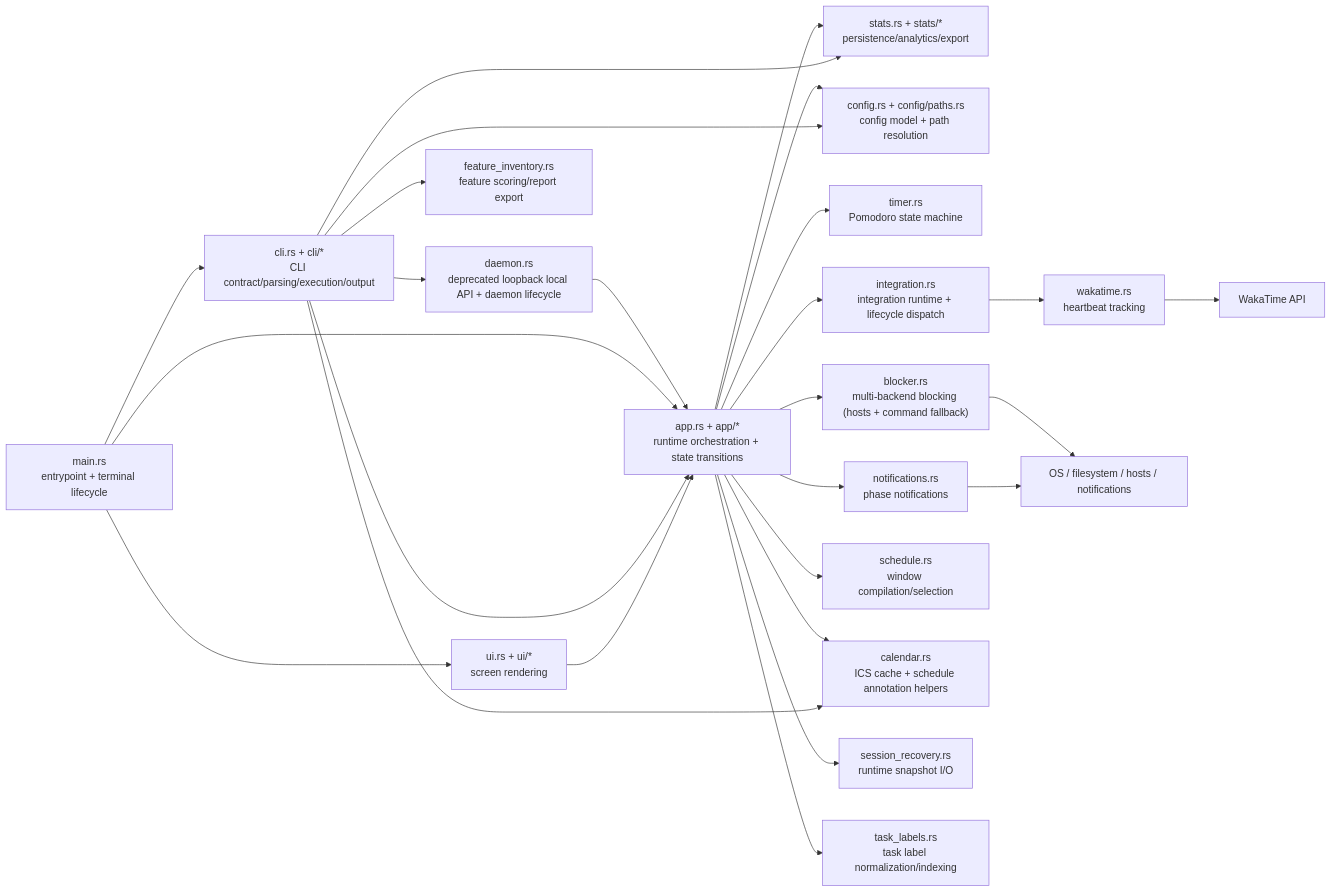
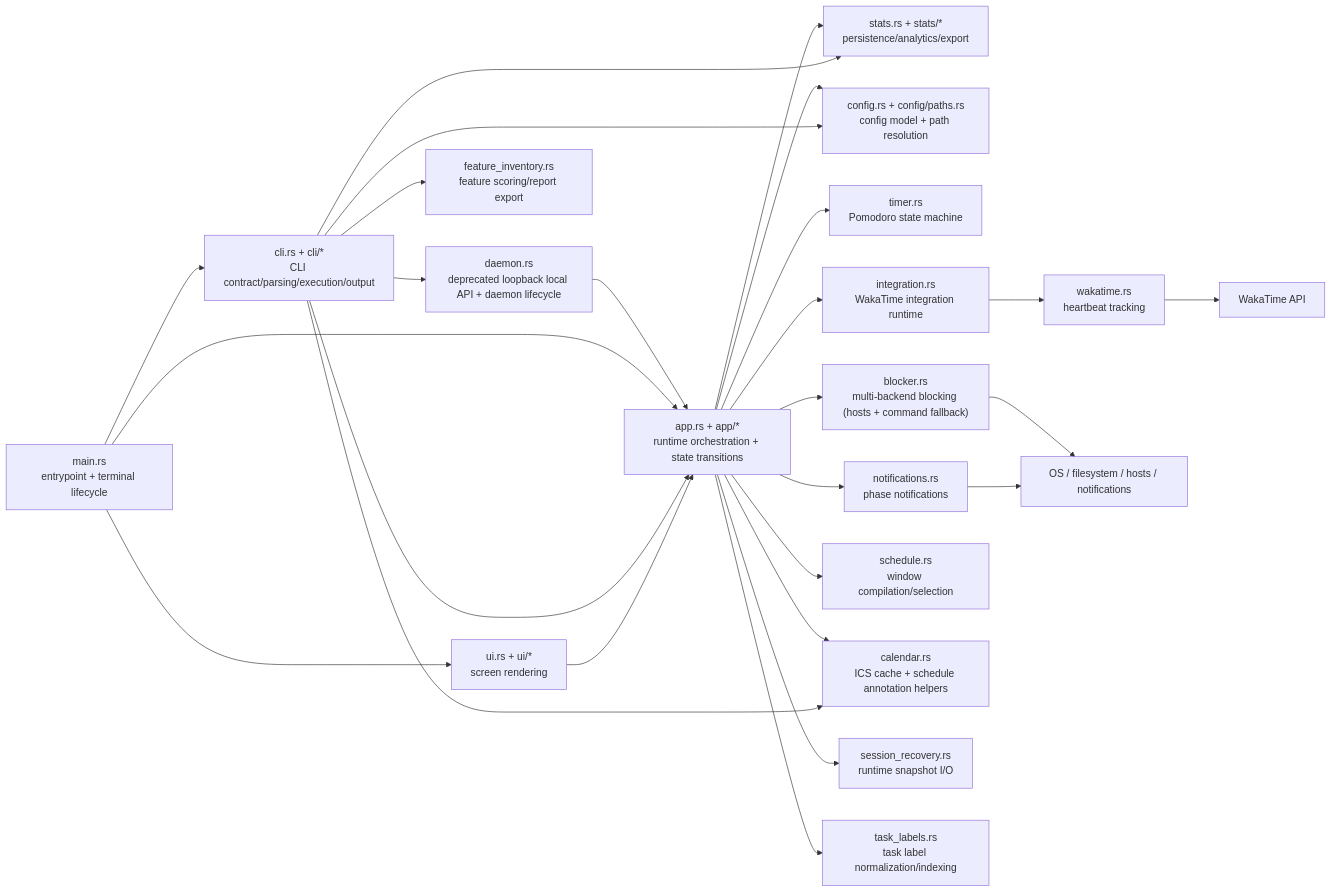
The first of 2 diagrams in ARCHITECTURE.md (utilForever/focustime), drawn with Mermaid before and after one commit. The commit also changed other lines of this file and 4 other files, not shown here.

````diff
--- a/ARCHITECTURE.md
+++ b/ARCHITECTURE.md
@@ -10,48 +10,48 @@
 ```mermaid
 flowchart LR
     M["main.rs<br/>entrypoint + terminal lifecycle"]
     CLI["cli.rs + cli/*<br/>CLI contract/parsing/execution/output"]
     DAE["daemon.rs<br/>deprecated loopback local API + daemon lifecycle"]
     APP["app.rs + app/*<br/>runtime orchestration + state transitions"]
     UI["ui.rs + ui/*<br/>screen rendering"]
     ST["stats.rs + stats/*<br/>persistence/analytics/export"]
     FI["feature_inventory.rs<br/>feature scoring/report export"]
     CFG["config.rs + config/paths.rs<br/>config model + path resolution"]
     TM["timer.rs<br/>Pomodoro state machine"]
     BL["blocker.rs<br/>multi-backend blocking (hosts + command fallback)"]
-    IG["integration.rs<br/>integration runtime + lifecycle dispatch"]
+    IG["integration.rs<br/>WakaTime integration runtime"]
     WK["wakatime.rs<br/>heartbeat tracking"]
     NT["notifications.rs<br/>phase notifications"]
     SCH["schedule.rs<br/>window compilation/selection"]
     CAL["calendar.rs<br/>ICS cache + schedule annotation helpers"]
     REC["session_recovery.rs<br/>runtime snapshot I/O"]
     TL["task_labels.rs<br/>task label normalization/indexing"]
     OS["OS / filesystem / hosts / notifications"]
     API["WakaTime API"]
 
     M --> CLI
     CLI --> DAE
     DAE --> APP
     M --> APP
     M --> UI
     APP --> CFG
     APP --> TM
     APP --> BL
     APP --> IG
     IG --> WK
     APP --> NT
     APP --> SCH
     APP --> CAL
     APP --> ST
     APP --> TL
     APP --> REC
     CLI --> APP
     CLI --> CFG
     CLI --> CAL
     CLI --> ST
     CLI --> FI
     UI --> APP
     BL --> OS
     NT --> OS
     WK --> API
 ```
````
